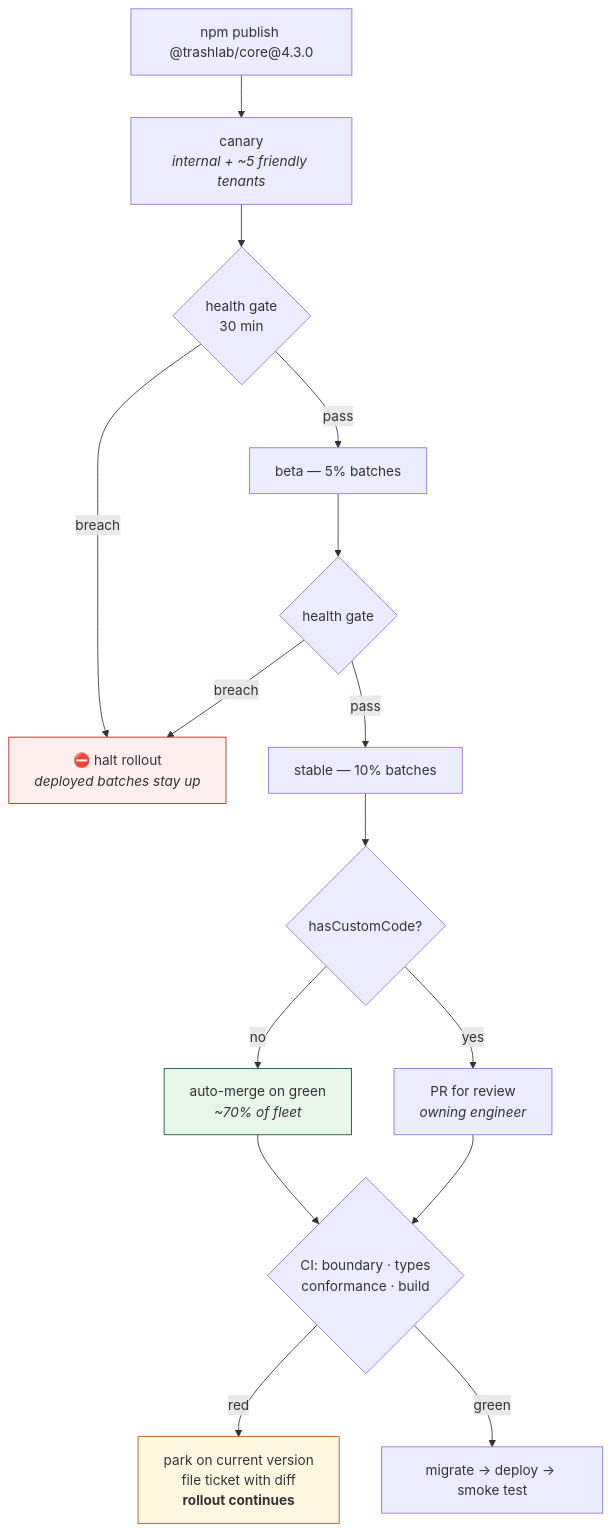
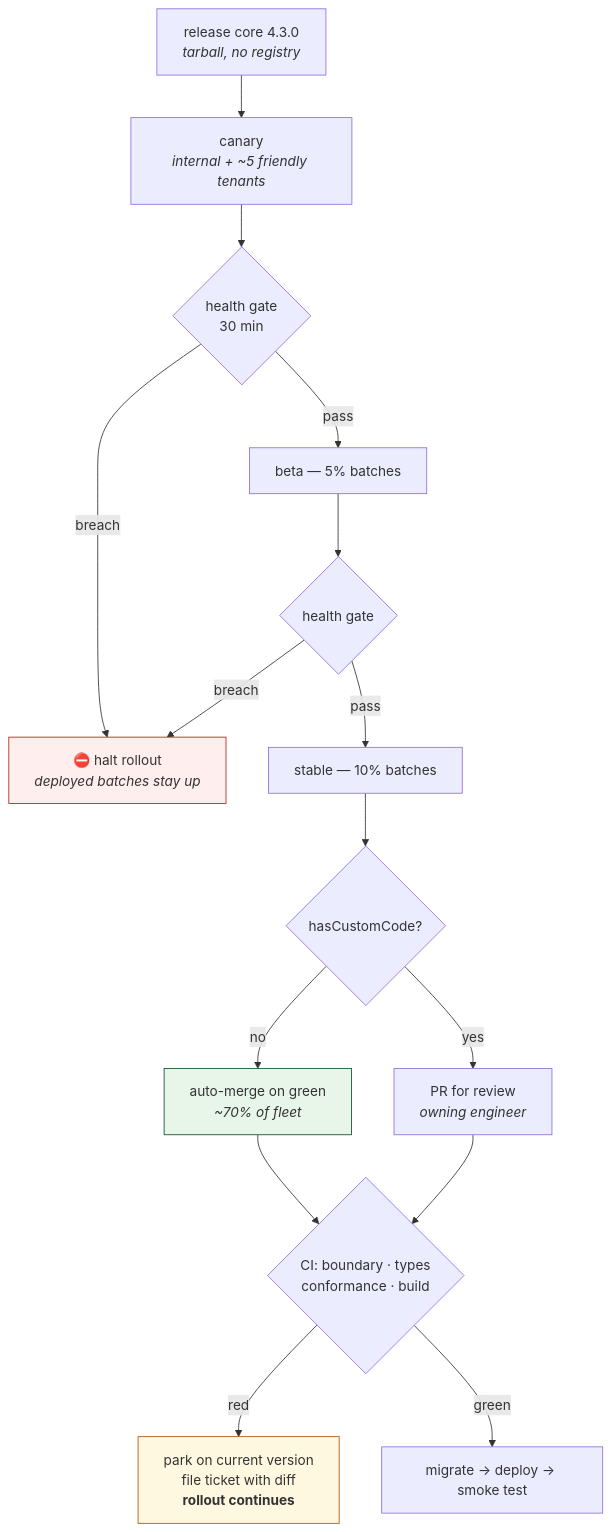
Before and after one commit to chaumn16/trashlab-platform: the sixth of 7 diagrams in docs/ARCHITECTURE.md, drawn with Mermaid. The commit also changed other lines of this file and 27 other files, not shown here.

````diff
--- a/docs/ARCHITECTURE.md
+++ b/docs/ARCHITECTURE.md
@@ -283,23 +284,23 @@
 ```mermaid
 flowchart TB
-    PUB["npm publish @trashlab/core@4.3.0"] --> CAN["canary<br/><i>internal + ~5 friendly tenants</i>"]
+    PUB["release core 4.3.0<br/><i>tarball, no registry</i>"] --> CAN["canary<br/><i>internal + ~5 friendly tenants</i>"]
     CAN --> GATE1{"health gate<br/>30 min"}
     GATE1 -->|breach| HALT["⛔ halt rollout<br/><i>deployed batches stay up</i>"]
     GATE1 -->|pass| BETA["beta — 5% batches"]
     BETA --> GATE2{"health gate"}
     GATE2 -->|breach| HALT
     GATE2 -->|pass| STABLE["stable — 10% batches"]
 
     STABLE --> SPLIT{"hasCustomCode?"}
     SPLIT -->|no| AUTO["auto-merge on green<br/><i>~70% of fleet</i>"]
     SPLIT -->|yes| REVIEW["PR for review<br/><i>owning engineer</i>"]
 
     AUTO --> CI{"CI: boundary · types<br/>conformance · build"}
     REVIEW --> CI
     CI -->|red| PARK["park on current version<br/>file ticket with diff<br/><b>rollout continues</b>"]
     CI -->|green| DEP["migrate → deploy → smoke test"]
 
     style HALT fill:#fee,stroke:#b42318
     style PARK fill:#fff8e1,stroke:#b45309
     style AUTO fill:#e8f5e9,stroke:#0f5132
 ```
````
